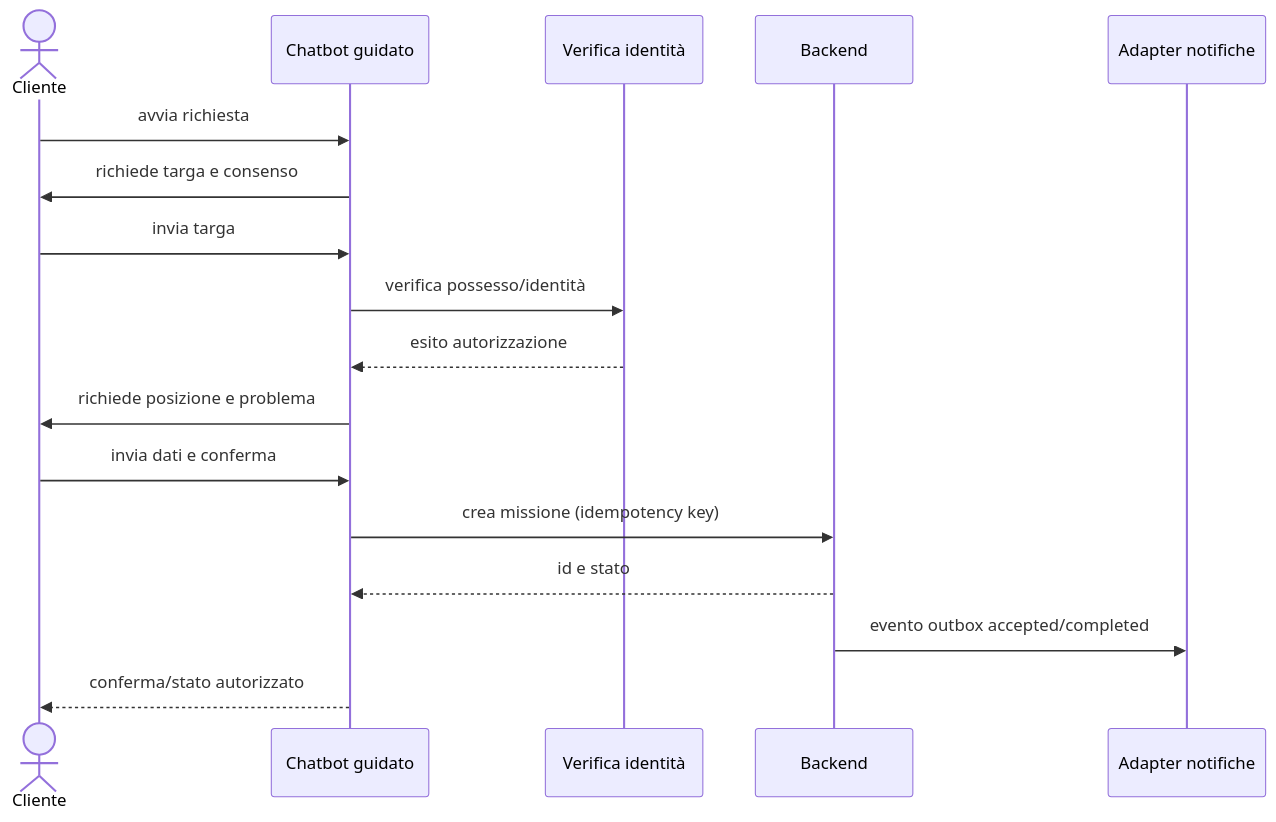
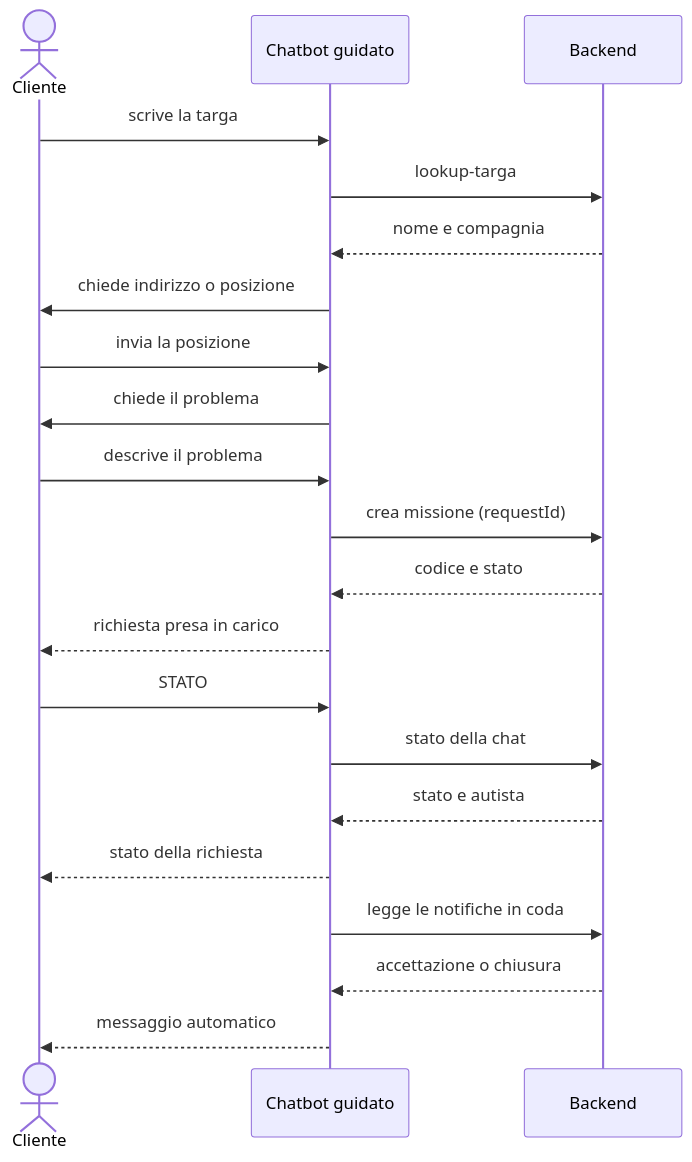
One commit to coluccimarco/fornitori-soccorso changed the diagram in docs/diagrams/chatbot_sequence.mmd. Above: the diagram before and after it, drawn with Mermaid. The commit also changed 25 other files, not shown here.

```diff
--- a/docs/diagrams/chatbot_sequence.mmd
+++ b/docs/diagrams/chatbot_sequence.mmd
@@ -1,19 +1,22 @@
-%% FORNITORI | v1.0 | 03/11/2026 | owner: Membro 3
-%% Progettazione: endpoint chat/lookup/create non sono ancora disponibili.
+%% FORNITORI | v1.1 | 03/11/2026 | owner: Membro 3
 sequenceDiagram
     actor Cliente
     participant Bot as Chatbot guidato
-    participant Verify as Verifica identità
     participant API as Backend
-    participant Notify as Adapter notifiche
-    Cliente->>Bot: avvia richiesta
-    Bot->>Cliente: richiede targa e consenso
-    Cliente->>Bot: invia targa
-    Bot->>Verify: verifica possesso/identità
-    Verify-->>Bot: esito autorizzazione
-    Bot->>Cliente: richiede posizione e problema
-    Cliente->>Bot: invia dati e conferma
-    Bot->>API: crea missione (idempotency key)
-    API-->>Bot: id e stato
-    API->>Notify: evento outbox accepted/completed
-    Bot-->>Cliente: conferma/stato autorizzato
+    Cliente->>Bot: scrive la targa
+    Bot->>API: lookup-targa
+    API-->>Bot: nome e compagnia
+    Bot->>Cliente: chiede indirizzo o posizione
+    Cliente->>Bot: invia la posizione
+    Bot->>Cliente: chiede il problema
+    Cliente->>Bot: descrive il problema
+    Bot->>API: crea missione (requestId)
+    API-->>Bot: codice e stato
+    Bot-->>Cliente: richiesta presa in carico
+    Cliente->>Bot: STATO
+    Bot->>API: stato della chat
+    API-->>Bot: stato e autista
+    Bot-->>Cliente: stato della richiesta
+    Bot->>API: legge le notifiche in coda
+    API-->>Bot: accettazione o chiusura
+    Bot-->>Cliente: messaggio automatico
```
